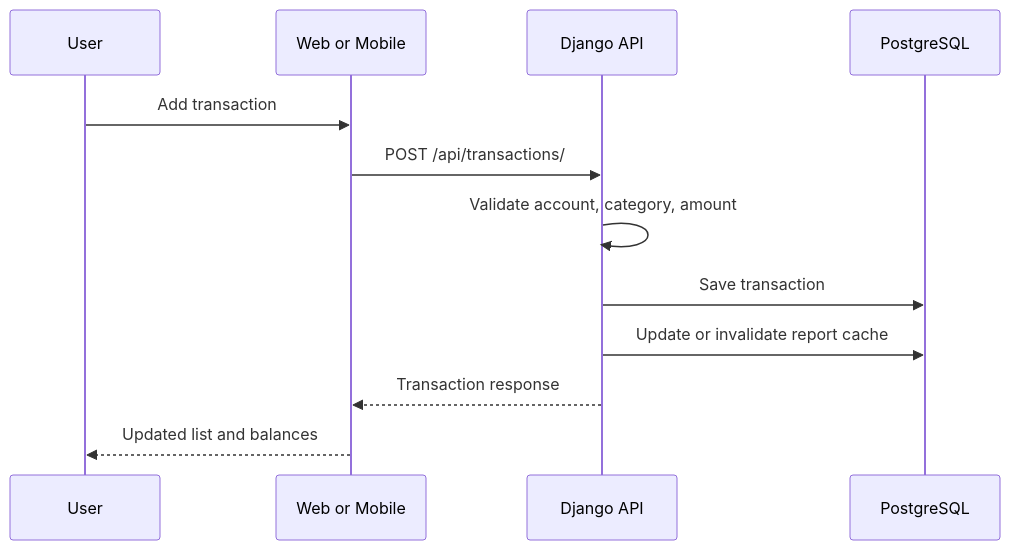
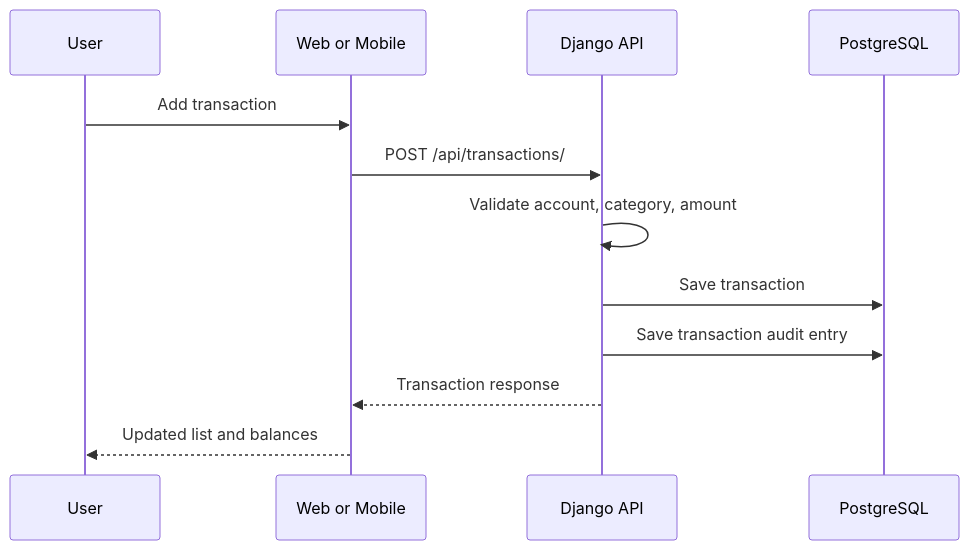
One commit to SeefatHimel/finance-system-plan changed the second of 3 diagrams in docs/architecture.md. Above: the diagram before and after it, drawn with Mermaid. The commit also changed 27 other files, not shown here.

Commit message:
api: add transaction audit logs

````diff
--- a/docs/architecture.md
+++ b/docs/architecture.md
@@ -81,15 +81,15 @@
 ```mermaid
 sequenceDiagram
   participant User
   participant Client as Web or Mobile
   participant API as Django API
   participant DB as PostgreSQL
 
   User->>Client: Add transaction
   Client->>API: POST /api/transactions/
   API->>API: Validate account, category, amount
   API->>DB: Save transaction
-  API->>DB: Update or invalidate report cache
+  API->>DB: Save transaction audit entry
   API-->>Client: Transaction response
   Client-->>User: Updated list and balances
 ```
````
